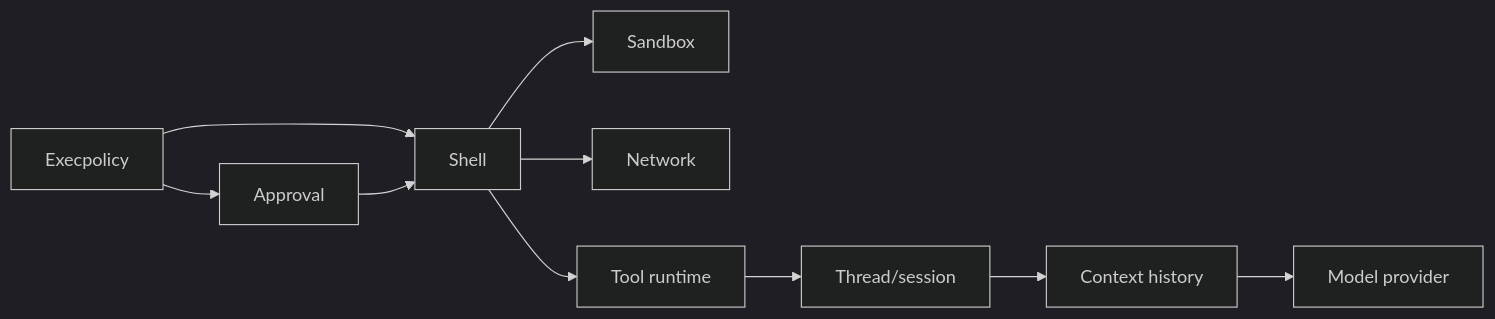
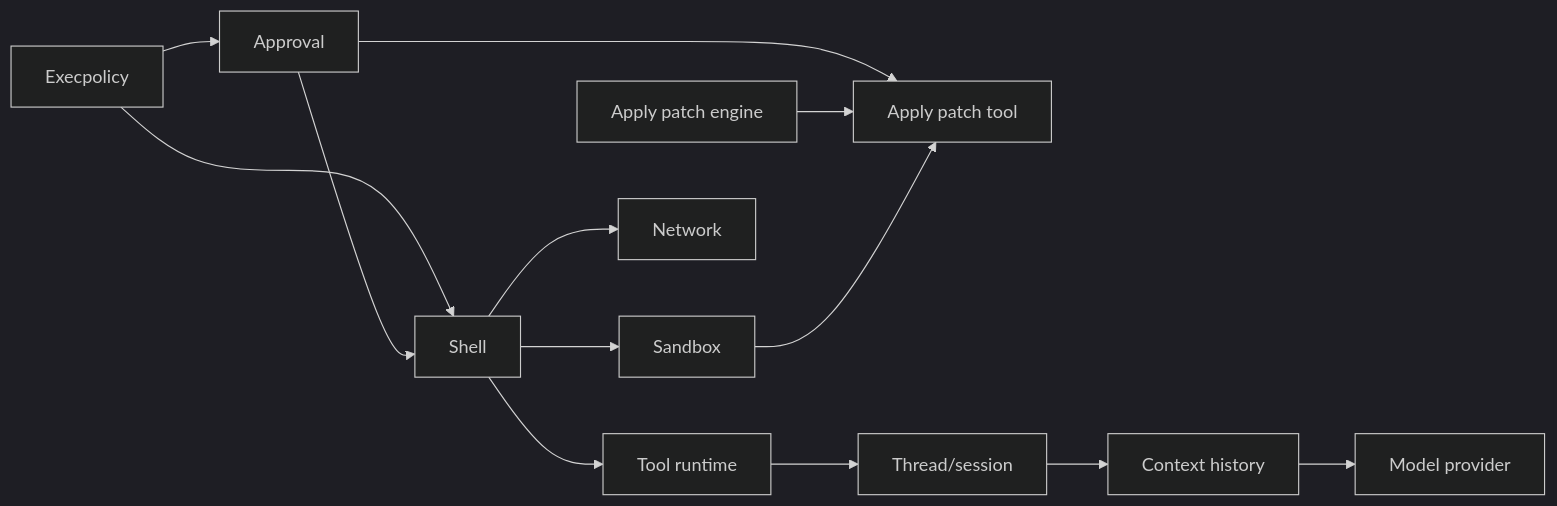
One commit to songyang0603/dsh-codex changed the diagram in docs/components.md. Above: the diagram before and after it, drawn with Mermaid (dark theme). The commit also changed other lines of this file and 59 other files, not shown here.

Commit message:
add parity-verified apply-patch semantic engine

````diff
--- a/docs/components.md
+++ b/docs/components.md
@@ -36,12 +37,15 @@
 ```mermaid
 flowchart LR
   Execpolicy --> Approval
   Execpolicy --> Shell
   Approval --> Shell
+  Approval --> ApplyPatchTool["Apply patch tool"]
+  ApplyPatchEngine["Apply patch engine"] --> ApplyPatchTool
   Shell --> Sandbox
+  Sandbox --> ApplyPatchTool
   Shell --> Network
   Shell --> ToolRuntime["Tool runtime"]
   ToolRuntime --> Session["Thread/session"]
   Session --> Context["Context history"]
   Context --> Model["Model provider"]
 ```
````
